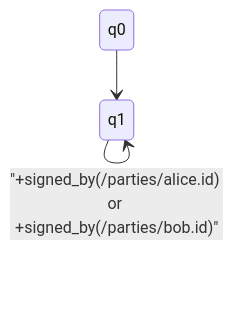
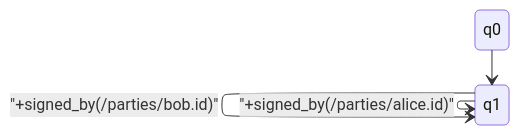
Before and after one commit to modality-org/modality: the second of 2 diagrams in docs/getting-started/first-contract.md, drawn with Mermaid. The commit also changed 16 other files, not shown here.

Commit message:
Update Mermaid integration in Modality to support ELK layout for state diagrams. Refactor diagram generation to handle parallel edges and improve rendering consistency. Update dependencies for Mermaid and layout-elk, and adjust documentation and tests to reflect these changes.

````diff
--- a/docs/getting-started/first-contract.md
+++ b/docs/getting-started/first-contract.md
@@ -518,5 +518,10 @@
 ```mermaid
+---
+config:
+  layout: elk
+---
 stateDiagram-v2
     q0 --> q1
-    q1 --> q1 : "+signed_by(/parties/alice.id) or +signed_by(/parties/bob.id)"
+    q1 --> q1 : "+signed_by(/parties/alice.id)"
+    q1 --> q1 : "+signed_by(/parties/bob.id)"
 ```
````
